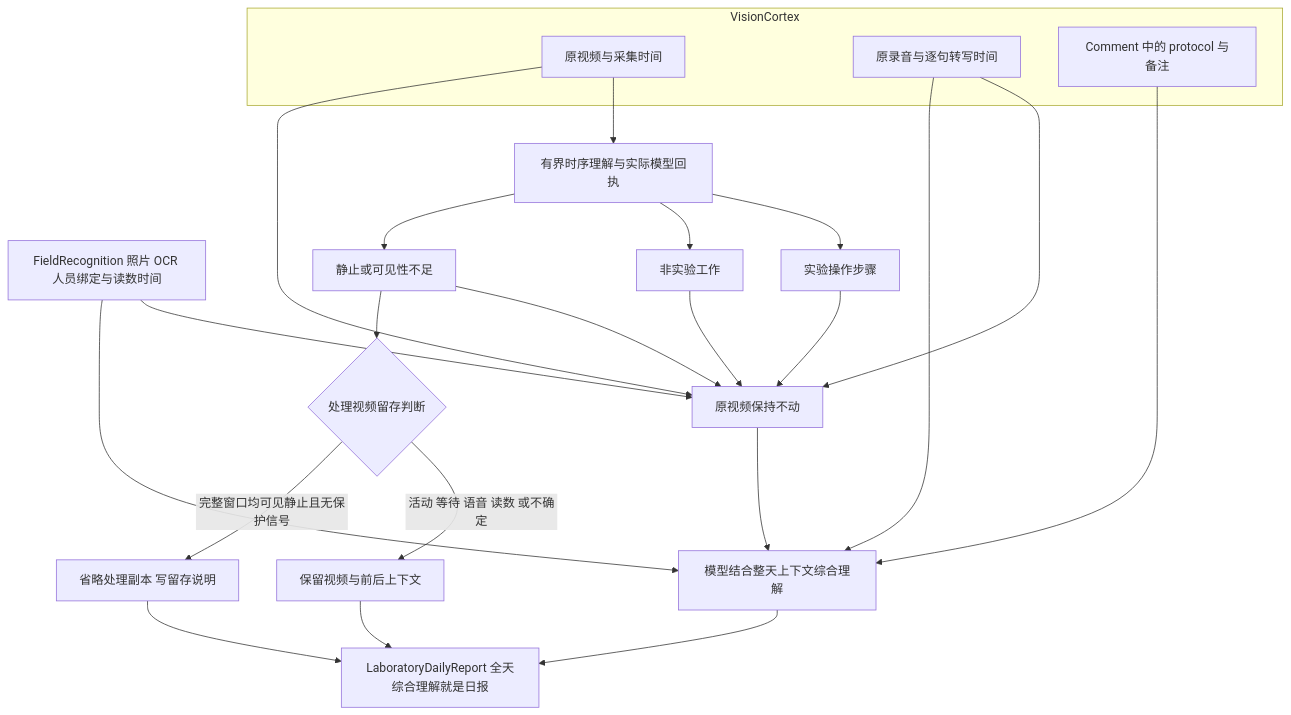
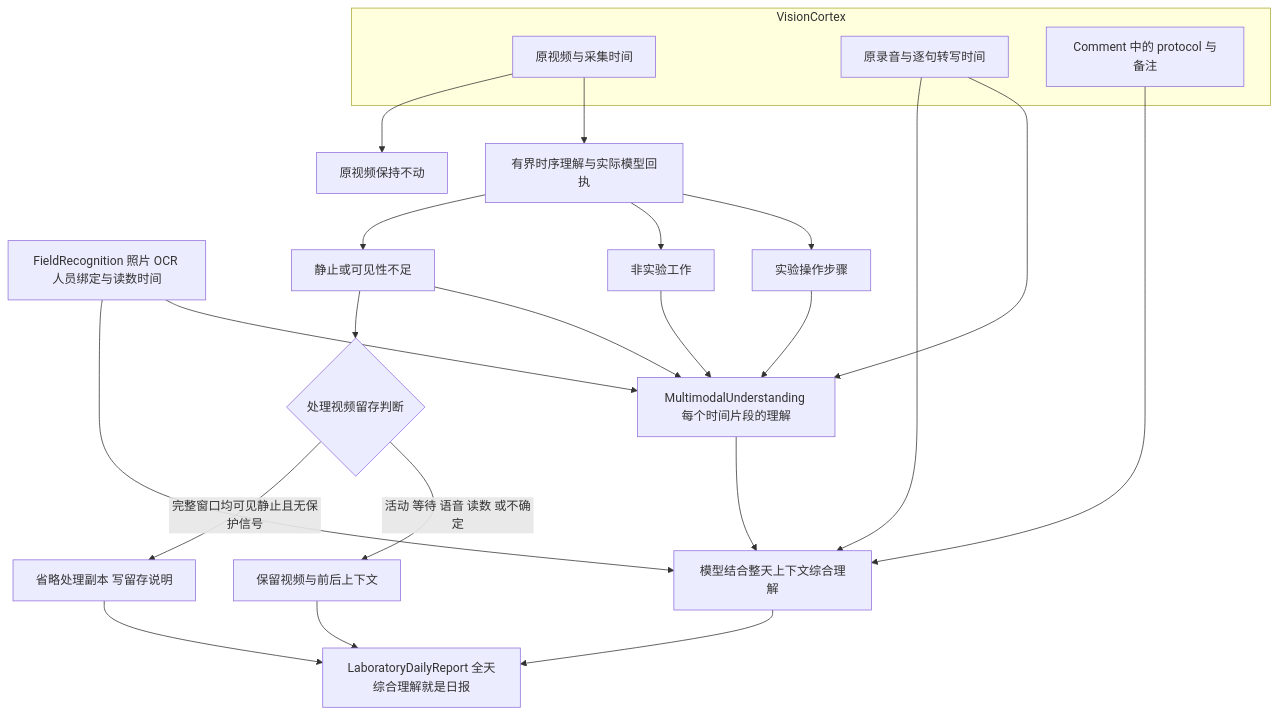
Before and after one commit to kealan-Jun/VisionCortex: the diagram in docs/operations/all-day-recording.zh-CN.md, drawn with Mermaid. The commit also changed other lines of this file and 7 other files, not shown here.

````diff
--- a/docs/operations/all-day-recording.zh-CN.md
+++ b/docs/operations/all-day-recording.zh-CN.md
@@ -115,29 +115,29 @@
 ```mermaid
 flowchart TD
     subgraph VisionCortex
         B[原视频与采集时间]
         C[原录音与逐句转写时间]
         P[Comment 中的 protocol 与备注]
     end
     D[FieldRecognition 照片 OCR 人员绑定与读数时间]
     B --> E[有界时序理解与实际模型回执]
     E --> F[实验操作步骤]
     E --> G[非实验工作]
     E --> H[静止或可见性不足]
     F --> M[MultimodalUnderstanding 每个时间片段的理解]
     G --> M
     H --> M
     C --> M
     D --> M
     M --> S[模型结合整天上下文综合理解]
     C --> S
     D --> S
     P --> S
     S --> I[LaboratoryDailyReport 全天综合理解就是日报]
     H --> J{处理视频留存判断}
     J -->|活动 等待 语音 读数 或不确定| K[保留视频与前后上下文]
     J -->|完整窗口均可见静止且无保护信号| L[省略处理副本 写留存说明]
     K --> I
     L --> I
-    B --> M[原视频保持不动]
+    B --> O[原视频保持不动]
 ```
````
